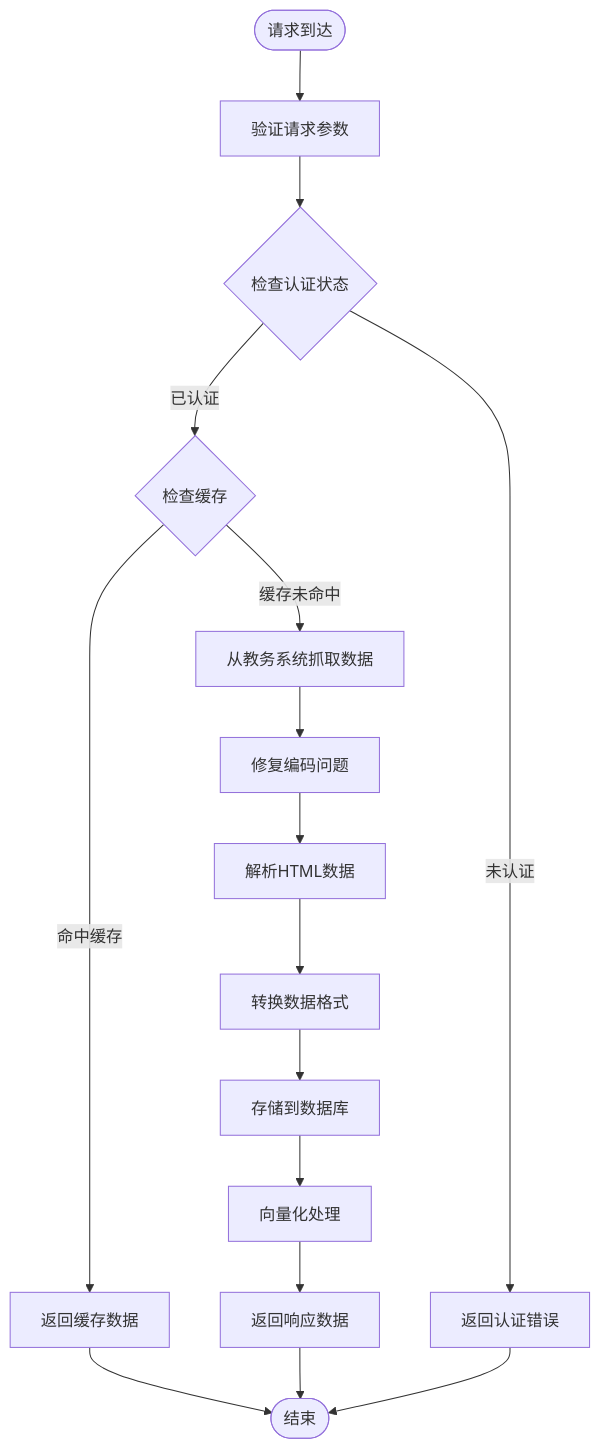
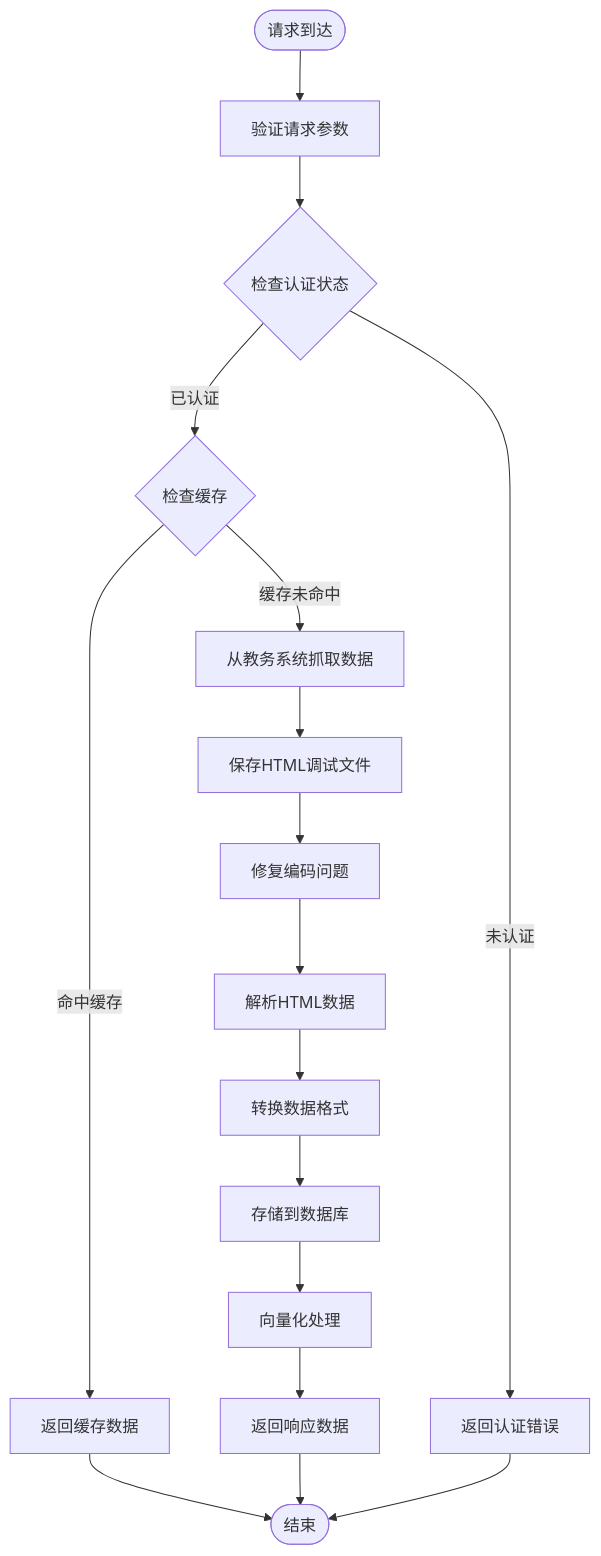
One commit to ghbbn053-ship-itsoulddog/soulddog changed the third of 4 diagrams in .qoder/repowiki/zh/content/后端API文档/学术数据查询API/学术数据查询API.md. Above: the diagram before and after it, drawn with Mermaid. The commit also changed other lines of this file and 10 other files, not shown here.

````diff
--- a/.qoder/repowiki/zh/content/后端API文档/学术数据查询API/学术数据查询API.md
+++ b/.qoder/repowiki/zh/content/后端API文档/学术数据查询API/学术数据查询API.md
@@ -160,18 +173,19 @@
 ```mermaid
 flowchart TD
 Start([请求到达]) --> Validate[验证请求参数]
 Validate --> CheckAuth{检查认证状态}
 CheckAuth --> |未认证| AuthError[返回认证错误]
 CheckAuth --> |已认证| CheckCache{检查缓存}
 CheckCache --> |命中缓存| ReturnCache[返回缓存数据]
 CheckCache --> |缓存未命中| FetchData[从教务系统抓取数据]
-FetchData --> FixEncoding[修复编码问题]
+FetchData --> SaveHTML[保存HTML调试文件]
+SaveHTML --> FixEncoding[修复编码问题]
 FixEncoding --> ParseData[解析HTML数据]
 ParseData --> TransformData[转换数据格式]
 TransformData --> StoreData[存储到数据库]
 StoreData --> Vectorize[向量化处理]
 Vectorize --> ReturnData[返回响应数据]
 ReturnCache --> End([结束])
 ReturnData --> End
 AuthError --> End
 ```
````
